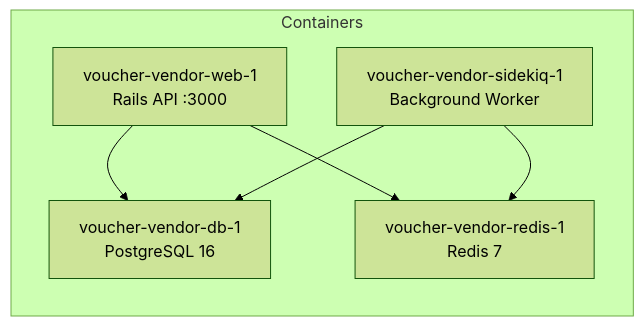
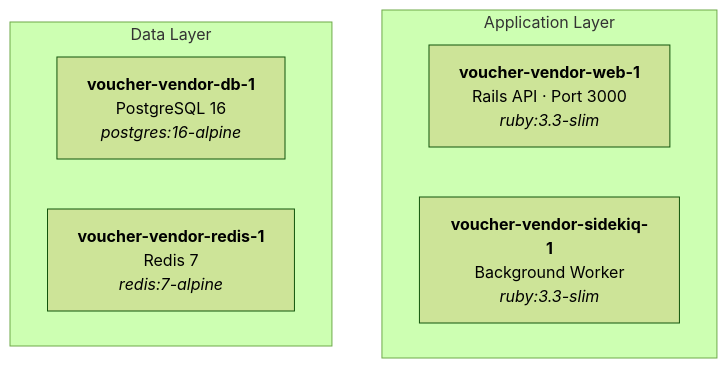
The diagram in docs/docker-setup.md (code-it-samurai/Voucher-Vendor-API-Rails), drawn with Mermaid (forest theme) before and after one commit. The commit also changed 6 other files, not shown here.

First line of the commit message:
Add Postman collection, fix Sidekiq Web UI, redesign docs cover page

````diff
--- a/docs/docker-setup.md
+++ b/docs/docker-setup.md
@@ -31,14 +31,12 @@
 ```mermaid
-graph LR
-    subgraph Containers
-        W["voucher-vendor-web-1<br/>Rails API :3000"]
-        S["voucher-vendor-sidekiq-1<br/>Background Worker"]
-        D["voucher-vendor-db-1<br/>PostgreSQL 16"]
-        R["voucher-vendor-redis-1<br/>Redis 7"]
+graph TB
+    subgraph Application Layer
+        W["<b>voucher-vendor-web-1</b><br/>Rails API · Port 3000<br/><i>ruby:3.3-slim</i>"]
+        S["<b>voucher-vendor-sidekiq-1</b><br/>Background Worker<br/><i>ruby:3.3-slim</i>"]
     end
 
-    W --> D
-    W --> R
-    S --> D
-    S --> R
+    subgraph Data Layer
+        D["<b>voucher-vendor-db-1</b><br/>PostgreSQL 16<br/><i>postgres:16-alpine</i>"]
+        R["<b>voucher-vendor-redis-1</b><br/>Redis 7<br/><i>redis:7-alpine</i>"]
+    end
 ```
````
